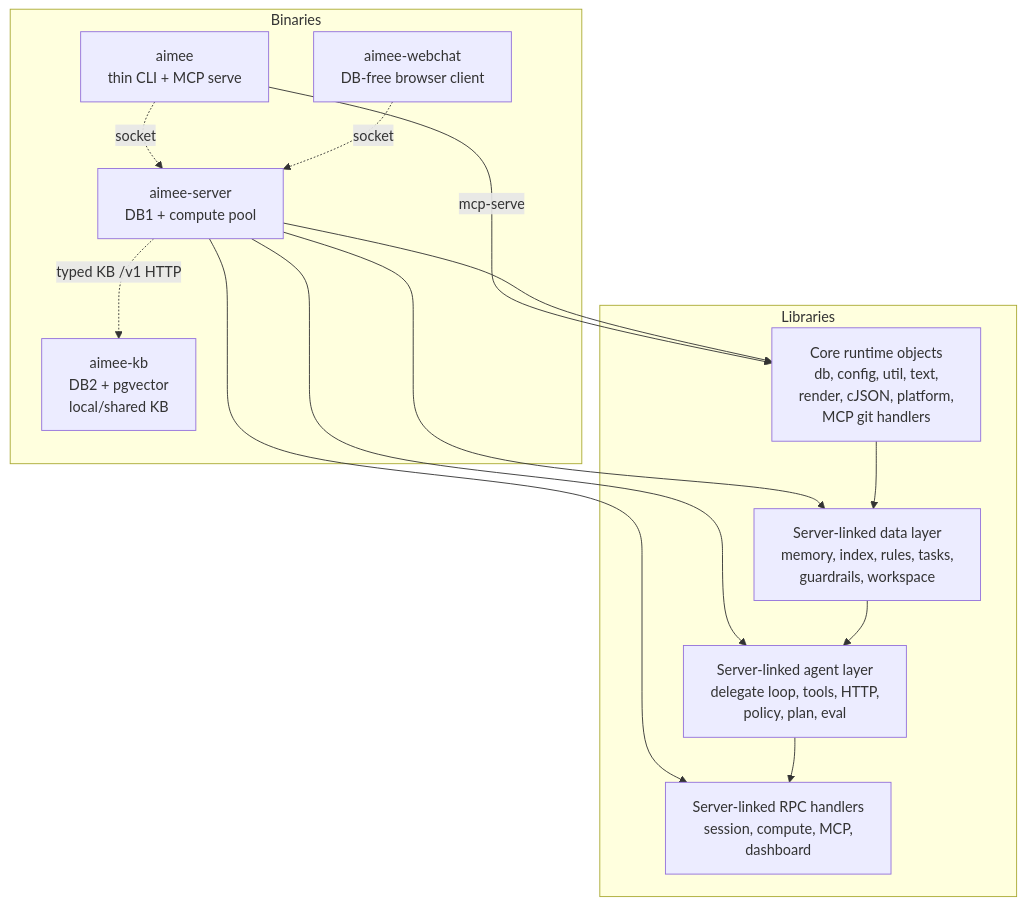
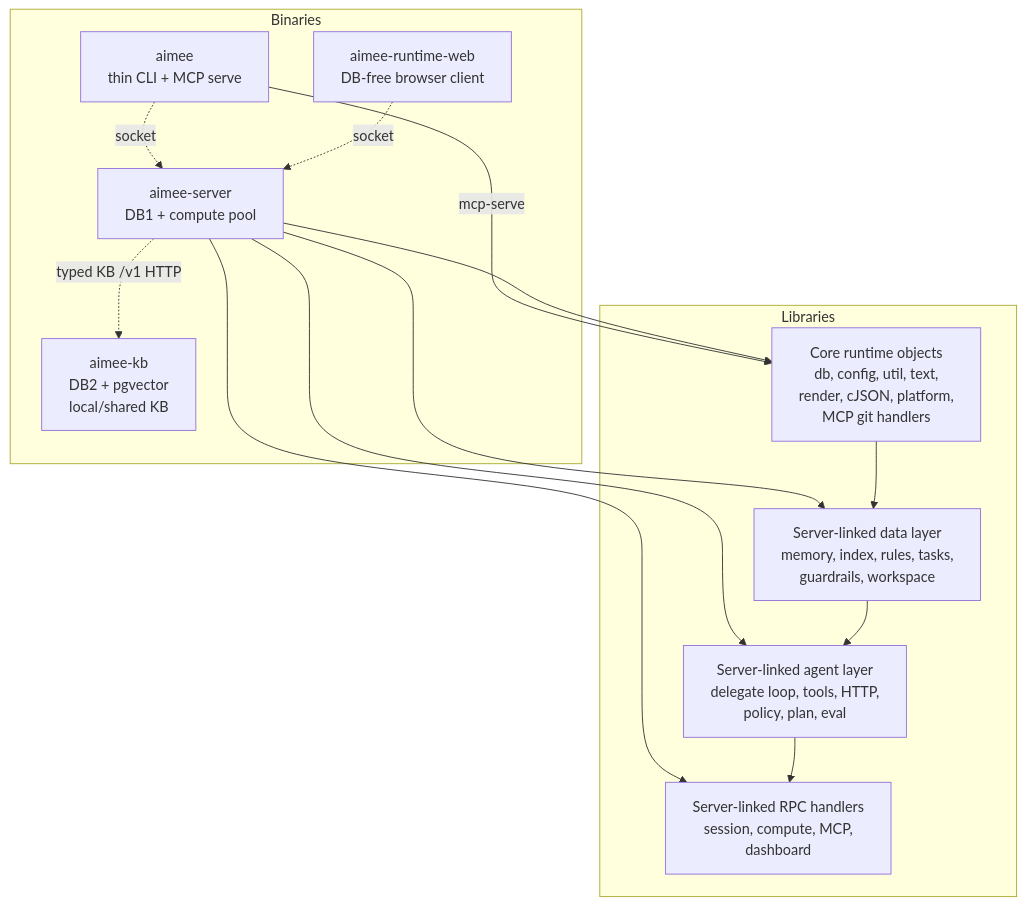
The ninth of 10 diagrams in src/README.md (RakuenSoftware/aimee), drawn with Mermaid before and after one commit. The commit also changed other lines of this file and 3 other files, not shown here.

Commit message:
fix(runtime-web): container packaging check + docs binary path -> aimee-runtime-web; drop stale artifact

````diff
--- a/src/README.md
+++ b/src/README.md
@@ -474,28 +474,28 @@
 ```mermaid
 graph TD
     subgraph Binaries
         Client["aimee<br/>thin CLI + MCP serve"]
-        Webchat["aimee-webchat<br/>DB-free browser client"]
+        Webchat["aimee-runtime-web<br/>DB-free browser client"]
         Server["aimee-server<br/>DB1 + compute pool"]
         KB["aimee-kb<br/>DB2 + pgvector<br/>local/shared KB"]
     end
 
     subgraph Libraries
         Core["Core runtime objects<br/>db, config, util, text,<br/>render, cJSON, platform,<br/>MCP git handlers"]
         Data["Server-linked data layer<br/>memory, index, rules, tasks,<br/>guardrails, workspace"]
         Agent["Server-linked agent layer<br/>delegate loop, tools, HTTP,<br/>policy, plan, eval"]
         Cmd["Server-linked RPC handlers<br/>session, compute, MCP,<br/>dashboard"]
     end
 
     Client -.->|socket| Server
     Webchat -.->|socket| Server
     Client -->|mcp-serve| Core
     Server --> Core
     Server --> Data
     Server --> Agent
     Server --> Cmd
     Server -.->|typed KB /v1 HTTP| KB
     Core --> Data
     Data --> Agent
     Agent --> Cmd
 ```
````
